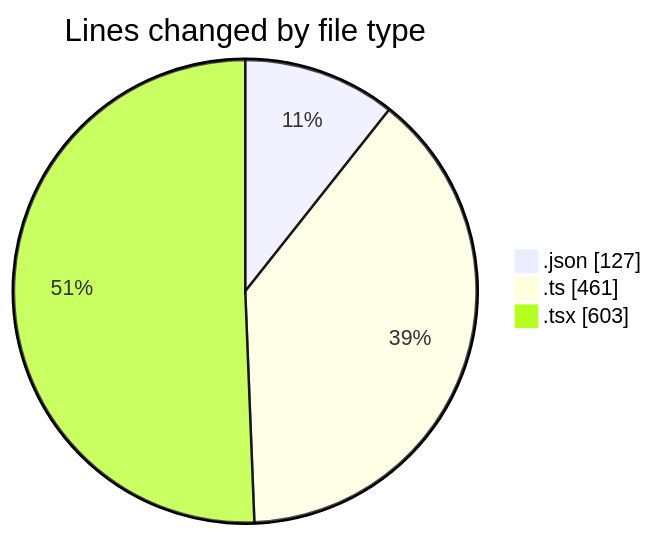
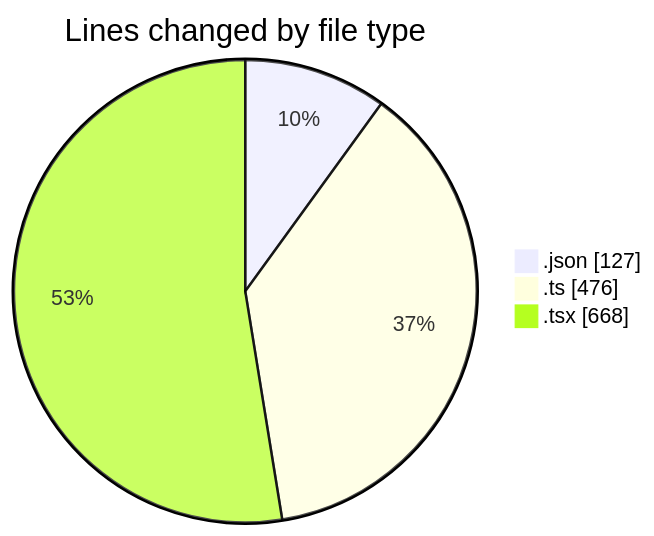
The first of 2 diagrams in 2025-11-12/eventscop-frontend-guide__workspace_/README.md (julien-gomy/code-tracking), drawn with Mermaid before and after one commit. The commit also changed other lines of this file and 1 other file, not shown here.

````diff
--- a/2025-11-12/eventscop-frontend-guide__workspace_/README.md
+++ b/2025-11-12/eventscop-frontend-guide__workspace_/README.md
@@ -24,7 +24,7 @@
 ```mermaid
 pie showData
 title Lines changed by file type
 ".json" : 127
-".ts" : 461
-".tsx" : 603
+".ts" : 476
+".tsx" : 668
 ```
````
